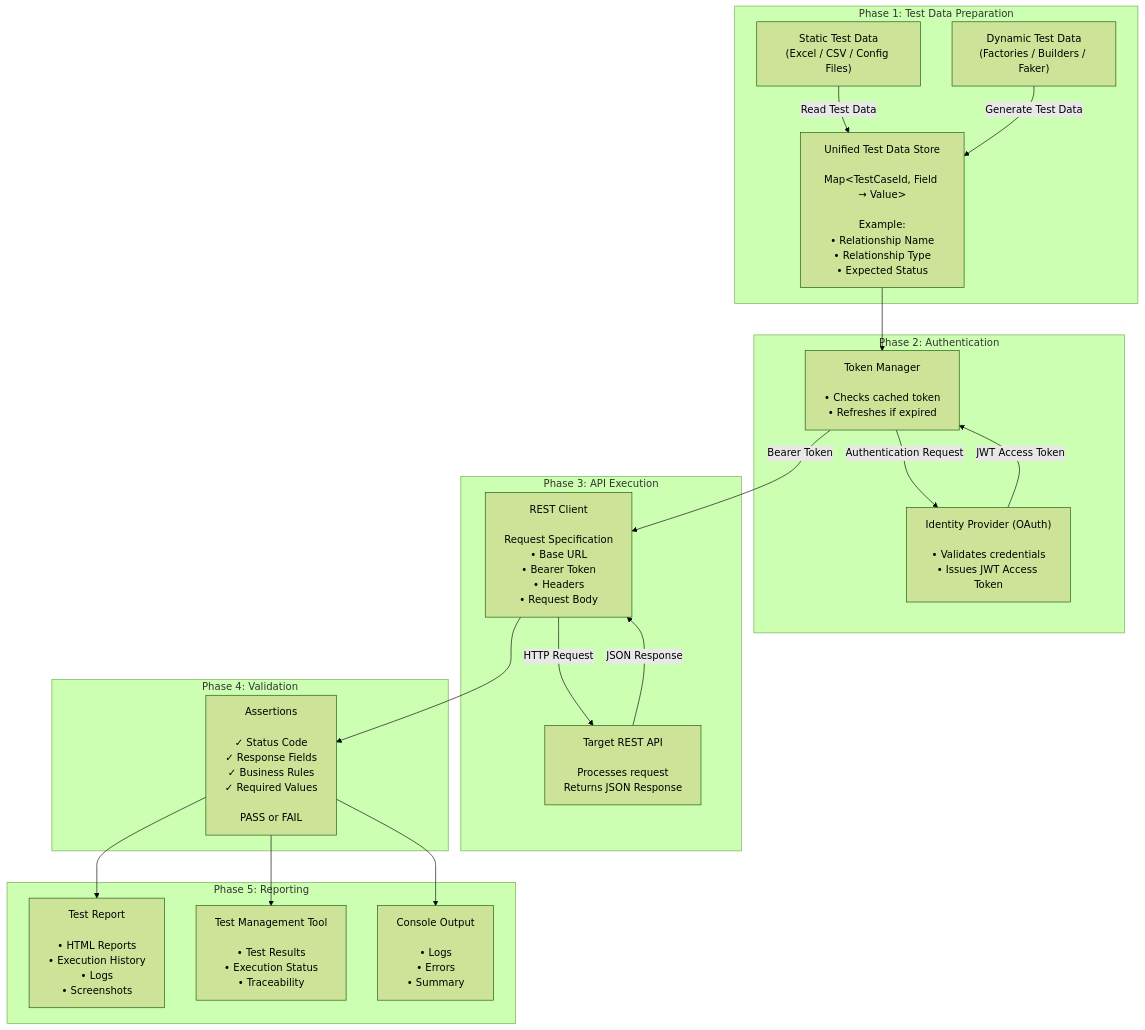
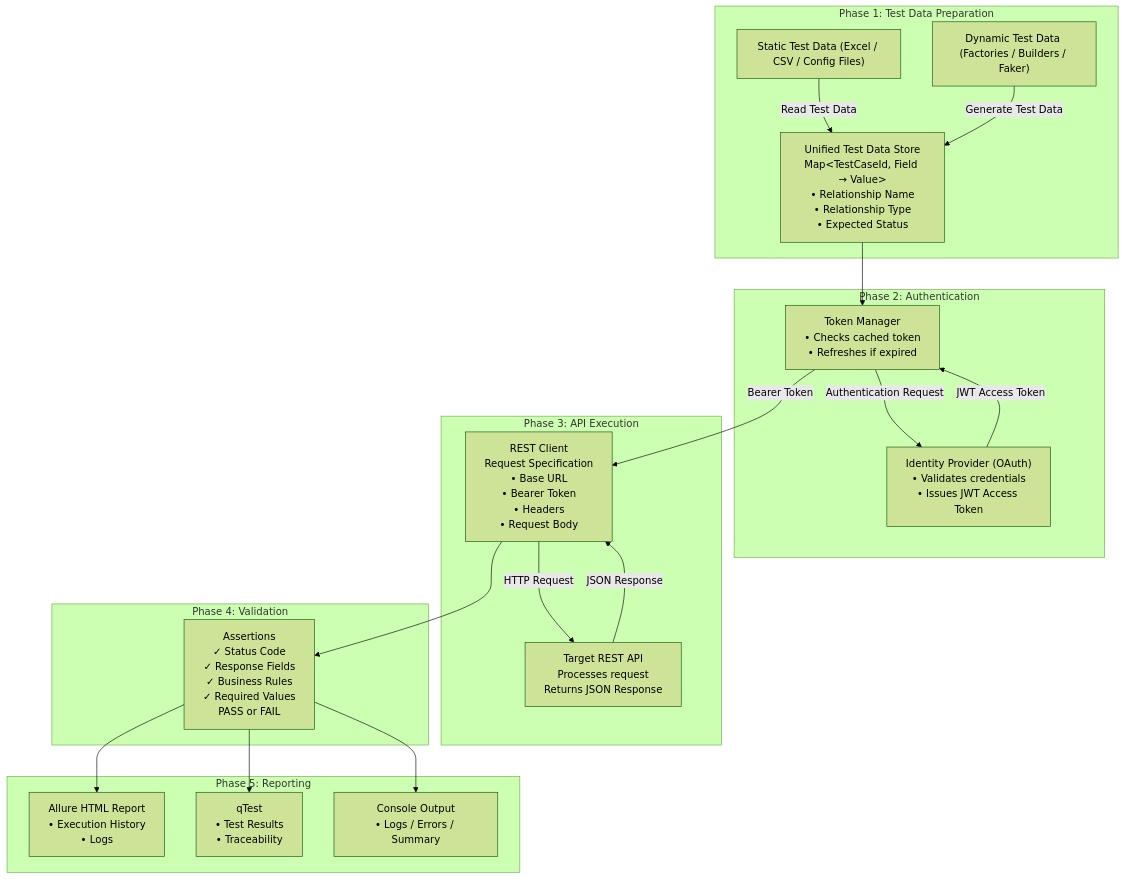
One commit to infiniai-tech/Onboarding_test_automation_rbc changed the third of 3 diagrams in Entity_Structure_Test_Automation_Onboarding.md. Above: the diagram before and after it, drawn with Mermaid (forest theme). The commit also changed other lines of this file and 2 other files, not shown here.

````diff
--- a/Entity_Structure_Test_Automation_Onboarding.md
+++ b/Entity_Structure_Test_Automation_Onboarding.md
@@ -153,74 +318,42 @@
 ```mermaid
 flowchart TD
 
-    %% ============================
-    %% Phase 1
-    %% ============================
     subgraph P1["Phase 1: Test Data Preparation"]
-
-        EXCEL["Static Test Data<br/>(Excel / CSV / Config Files)"]
-
-        GENERATED["Dynamic Test Data<br/>(Factories / Builders / Faker)"]
-
-        MAP["Unified Test Data Store<br/><br/>Map&lt;TestCaseId, Field → Value&gt;<br/><br/>Example:<br/>• Relationship Name<br/>• Relationship Type<br/>• Expected Status"]
-
+        EXCEL["Static Test Data (Excel / CSV / Config Files)"]
+        GENERATED["Dynamic Test Data (Factories / Builders / Faker)"]
+        MAP["Unified Test Data Store<br/>Map&lt;TestCaseId, Field → Value&gt;<br/>• Relationship Name<br/>• Relationship Type<br/>• Expected Status"]
         EXCEL -->|"Read Test Data"| MAP
         GENERATED -->|"Generate Test Data"| MAP
     end
 
-    %% ============================
-    %% Phase 2
-    %% ============================
     subgraph P2["Phase 2: Authentication"]
-
-        TOKEN["Token Manager<br/><br/>• Checks cached token<br/>• Refreshes if expired"]
-
-        AUTH["Identity Provider (OAuth)<br/><br/>• Validates credentials<br/>• Issues JWT Access Token"]
-
+        TOKEN["Token Manager<br/>• Checks cached token<br/>• Refreshes if expired"]
+        AUTH["Identity Provider (OAuth)<br/>• Validates credentials<br/>• Issues JWT Access Token"]
         TOKEN -->|"Authentication Request"| AUTH
         AUTH -->|"JWT Access Token"| TOKEN
     end
 
-    %% ============================
-    %% Phase 3
-    %% ============================
     subgraph P3["Phase 3: API Execution"]
-
-        CLIENT["REST Client<br/><br/>Request Specification<br/>• Base URL<br/>• Bearer Token<br/>• Headers<br/>• Request Body"]
-
-        API["Target REST API<br/><br/>Processes request<br/>Returns JSON Response"]
-
+        CLIENT["REST Client<br/>Request Specification<br/>• Base URL<br/>• Bearer Token<br/>• Headers<br/>• Request Body"]
+        API["Target REST API<br/>Processes request<br/>Returns JSON Response"]
         CLIENT -->|"HTTP Request"| API
         API -->|"JSON Response"| CLIENT
     end
 
-    %% ============================
-    %% Phase 4
-    %% ============================
     subgraph P4["Phase 4: Validation"]
-
-        ASSERT["Assertions<br/><br/>✓ Status Code<br/>✓ Response Fields<br/>✓ Business Rules<br/>✓ Required Values<br/><br/>PASS or FAIL"]
-
+        ASSERT["Assertions<br/>✓ Status Code<br/>✓ Response Fields<br/>✓ Business Rules<br/>✓ Required Values<br/>PASS or FAIL"]
     end
 
-    %% ============================
-    %% Phase 5
-    %% ============================
     subgraph P5["Phase 5: Reporting"]
-
-        REPORT["Test Report<br/><br/>• HTML Reports<br/>• Execution History<br/>• Logs<br/>• Screenshots"]
-
-        MGMT["Test Management Tool<br/><br/>• Test Results<br/>• Execution Status<br/>• Traceability"]
-
-        CONSOLE["Console Output<br/><br/>• Logs<br/>• Errors<br/>• Summary"]
-
+        REPORT["Allure HTML Report<br/>• Execution History<br/>• Logs"]
+        MGMT["qTest<br/>• Test Results<br/>• Traceability"]
+        CONSOLE["Console Output<br/>• Logs / Errors / Summary"]
     end
 
-    %% Flow
     MAP --> TOKEN
     TOKEN -->|"Bearer Token"| CLIENT
     CLIENT --> ASSERT
     ASSERT --> REPORT
     ASSERT --> MGMT
     ASSERT --> CONSOLE
 ```
````
